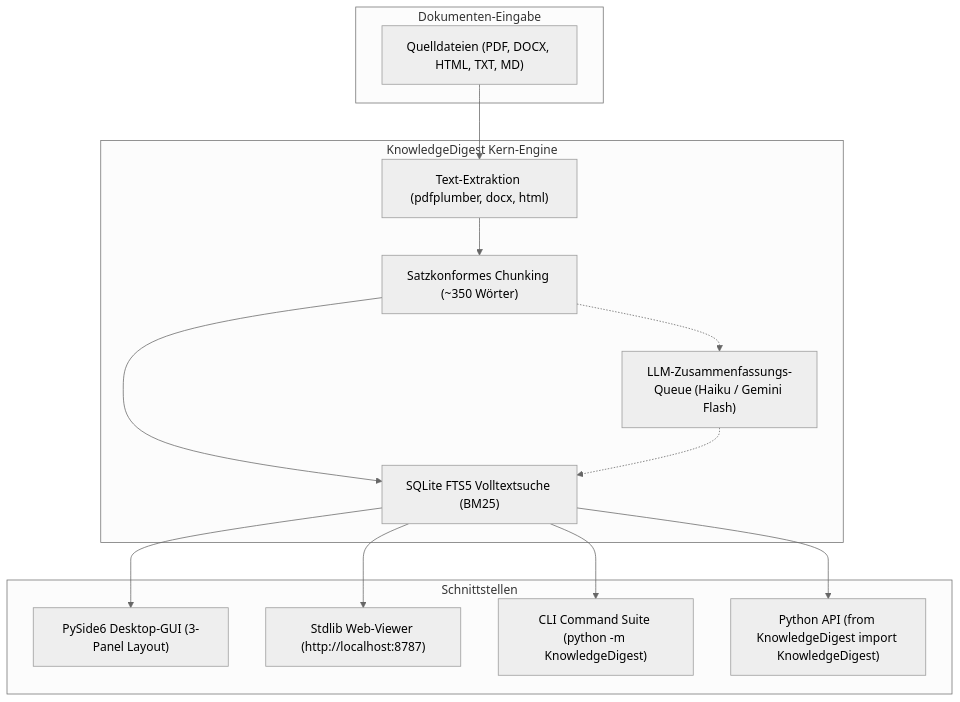
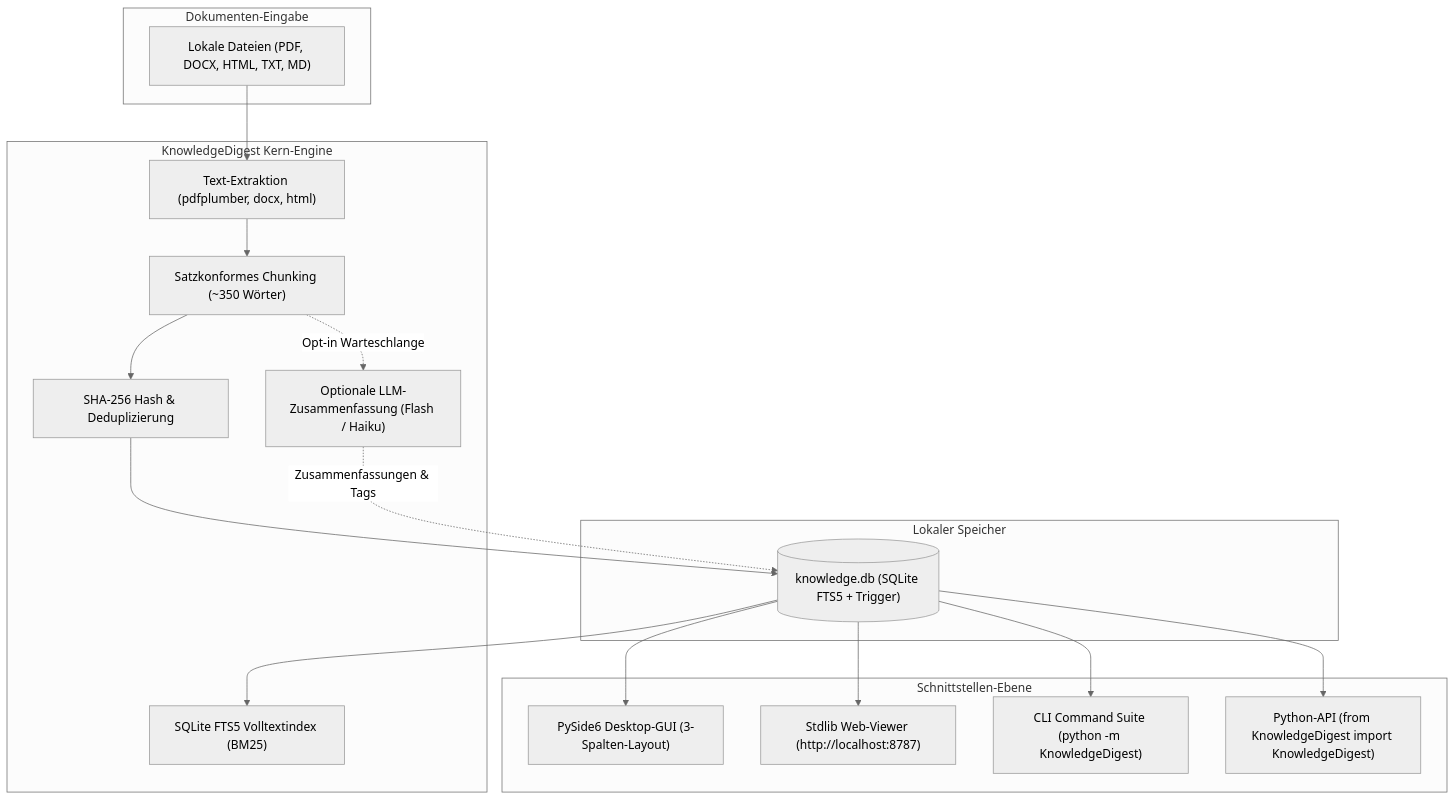
Before and after one commit to file-bricks/KnowledgeDigest: the first of 2 diagrams in README_de.md, drawn with Mermaid (neutral theme). The commit also changed other lines of this file and 10 other files, not shown here.

Commit message:
feat(marketing): bilingual 18-point parity, dual mermaid diagrams, personas, level 1 sbom and metadata tests

````diff
--- a/README_de.md
+++ b/README_de.md
@@ -25,30 +68,37 @@
 ```mermaid
 flowchart TD
     subgraph Input["Dokumenten-Eingabe"]
-        DOCS["Quelldateien (PDF, DOCX, HTML, TXT, MD)"]
+        DOCS["Lokale Dateien (PDF, DOCX, HTML, TXT, MD)"]
     end
 
     subgraph CoreEngine["KnowledgeDigest Kern-Engine"]
         EXT["Text-Extraktion (pdfplumber, docx, html)"]
         CHUNK["Satzkonformes Chunking (~350 Wörter)"]
-        FTS["SQLite FTS5 Volltextsuche (BM25)"]
-        SUMM["LLM-Zusammenfassungs-Queue (Haiku / Gemini Flash)"]
+        DEDUPE["SHA-256 Hash & Deduplizierung"]
+        FTS["SQLite FTS5 Volltextindex (BM25)"]
+        SUMM["Optionale LLM-Zusammenfassung (Flash / Haiku)"]
     end
 
-    subgraph Interfaces["Schnittstellen"]
-        GUI["PySide6 Desktop-GUI (3-Panel Layout)"]
+    subgraph Storage["Lokaler Speicher"]
+        DB[("knowledge.db (SQLite FTS5 + Trigger)")]
+    end
+
+    subgraph Interfaces["Schnittstellen-Ebene"]
+        GUI["PySide6 Desktop-GUI (3-Spalten-Layout)"]
         WEB["Stdlib Web-Viewer (http://localhost:8787)"]
         CLI["CLI Command Suite (python -m KnowledgeDigest)"]
-        API["Python API (from KnowledgeDigest import KnowledgeDigest)"]
+        API["Python-API (from KnowledgeDigest import KnowledgeDigest)"]
     end
 
     DOCS --> EXT
     EXT --> CHUNK
-    CHUNK --> FTS
-    CHUNK -.-> SUMM
-    SUMM -.-> FTS
-    FTS --> GUI
-    FTS --> WEB
-    FTS --> CLI
-    FTS --> API
+    CHUNK --> DEDUPE
+    DEDUPE --> DB
+    DB --> FTS
+    CHUNK -.->|"Opt-in Warteschlange"| SUMM
+    SUMM -.->|"Zusammenfassungen & Tags"| DB
+    DB --> GUI
+    DB --> WEB
+    DB --> CLI
+    DB --> API
 ```
````
